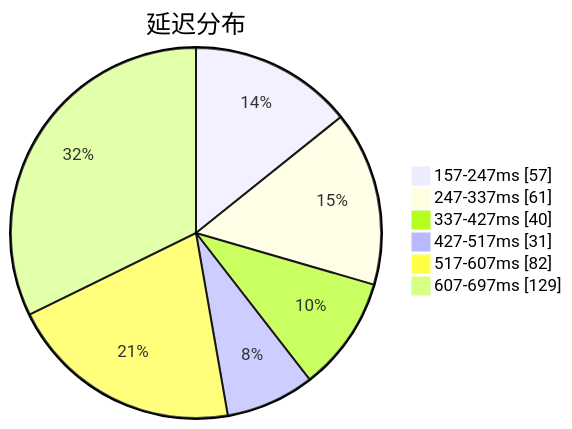
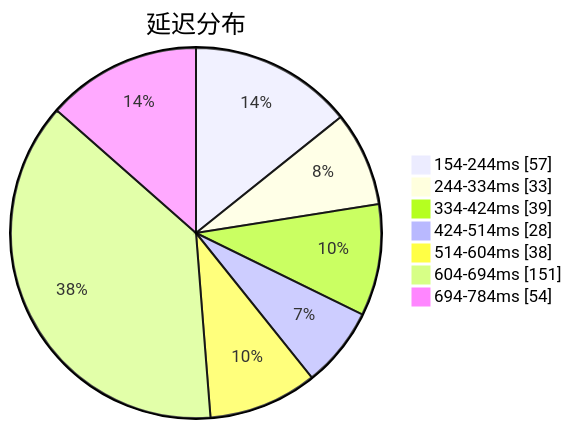
The first of 3 diagrams in subs/statistics/tested_within.md (qjlxg/airport), drawn with Mermaid before and after one commit. The commit also changed other lines of this file and 2 other files, not shown here.

Commit message:
Tested by metaST

````diff
--- a/subs/statistics/tested_within.md
+++ b/subs/statistics/tested_within.md
@@ -2,10 +2,11 @@
 ```mermaid
 pie showData
 title 延迟分布
-"157-247ms" : 57
-"247-337ms" : 61
-"337-427ms" : 40
-"427-517ms" : 31
-"517-607ms" : 82
-"607-697ms" : 129
+"154-244ms" : 57
+"244-334ms" : 33
+"334-424ms" : 39
+"424-514ms" : 28
+"514-604ms" : 38
+"604-694ms" : 151
+"694-784ms" : 54
 ```
````
